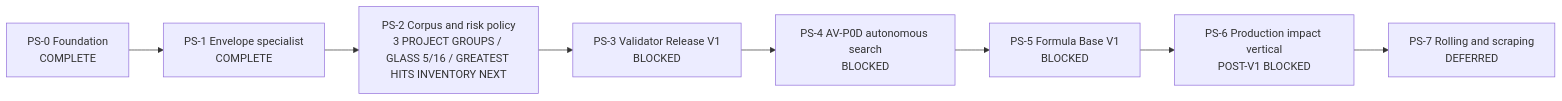
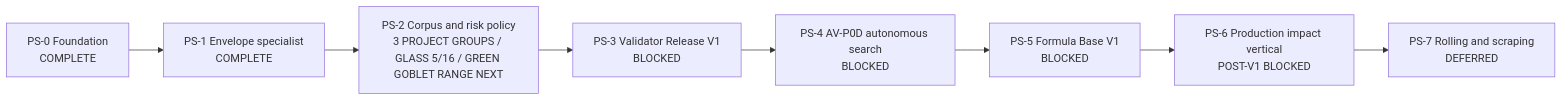
The diagram in docs/plans/physical-sound-synthesis-roadmap.md (kaifaty/NextEngine), drawn with Mermaid before and after one commit. The commit also changed other lines of this file and 6 other files, not shown here.

Commit message:
docs(audio): reject Greatest Hits E3 grouping

````diff
--- a/docs/plans/physical-sound-synthesis-roadmap.md
+++ b/docs/plans/physical-sound-synthesis-roadmap.md
@@ -94,10 +94,10 @@
 ```mermaid
 flowchart LR
     PS0["PS-0 Foundation<br/>COMPLETE"] --> PS1["PS-1 Envelope specialist<br/>COMPLETE"]
-    PS1 --> PS2["PS-2 Corpus and risk policy<br/>3 PROJECT GROUPS / GLASS 5/16 / GREATEST HITS INVENTORY NEXT"]
+    PS1 --> PS2["PS-2 Corpus and risk policy<br/>3 PROJECT GROUPS / GLASS 5/16 / GREEN GOBLET RANGE NEXT"]
     PS2 --> PS3["PS-3 Validator Release V1<br/>BLOCKED"]
     PS3 --> PS4["PS-4 AV-P0D autonomous search<br/>BLOCKED"]
     PS4 --> PS5["PS-5 Formula Base V1<br/>BLOCKED"]
     PS5 --> PS6["PS-6 Production impact vertical<br/>POST-V1 BLOCKED"]
     PS6 --> PS7["PS-7 Rolling and scraping<br/>DEFERRED"]
 ```
````
